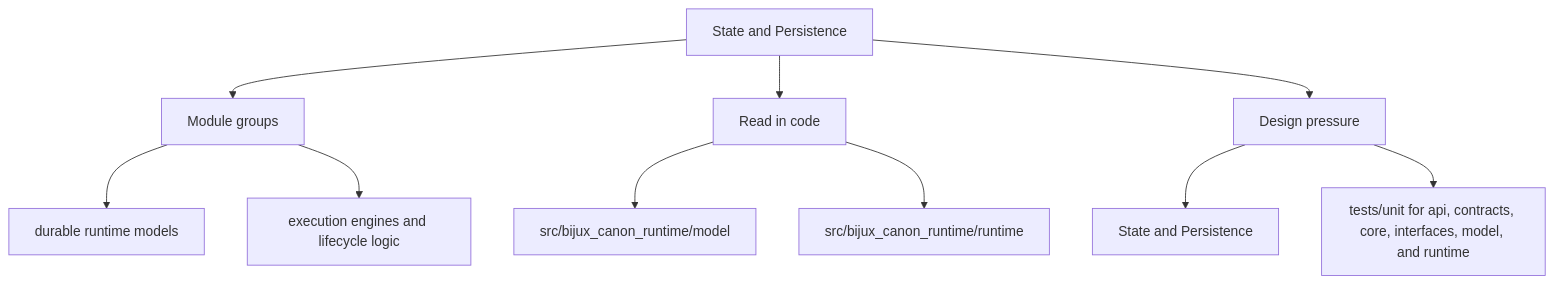
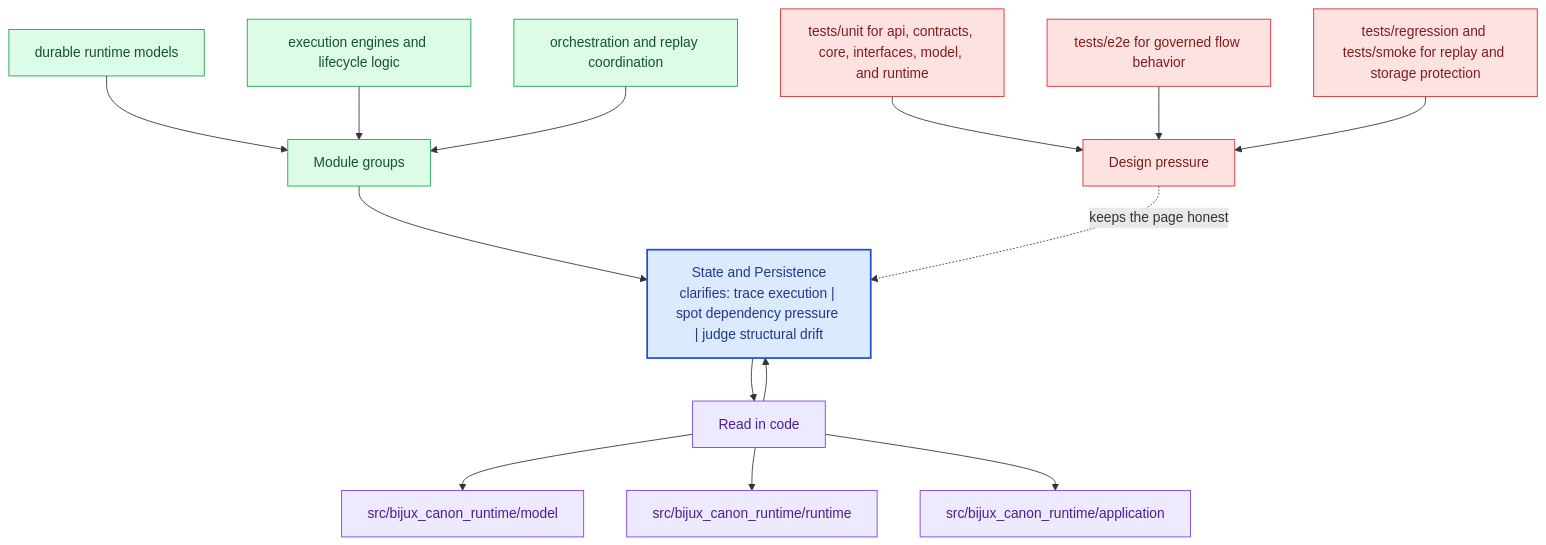
Before and after one commit to bijux/bijux-canon: the second of 2 diagrams in docs/bijux-canon-runtime/architecture/state-and-persistence.md, drawn with Mermaid. The commit also changed other lines of this file and 281 other files, not shown here.

Commit message:
docs(diagrams): deepen handbook mermaid maps across the catalog

````diff
--- a/docs/bijux-canon-runtime/architecture/state-and-persistence.md
+++ b/docs/bijux-canon-runtime/architecture/state-and-persistence.md
@@ -35,22 +68,40 @@
 ```mermaid
-flowchart TD
-    page["State and Persistence"]
+flowchart TB
+    promise["State and Persistence<br/>clarifies: trace execution | spot dependency pressure | judge structural drift"]
+    classDef promise fill:#dbeafe,stroke:#1d4ed8,color:#1e3a8a,stroke-width:2px;
+    classDef driver fill:#dcfce7,stroke:#16a34a,color:#14532d;
+    classDef constraint fill:#fee2e2,stroke:#dc2626,color:#7f1d1d;
+    classDef ground fill:#ede9fe,stroke:#7c3aed,color:#4c1d95;
     focus1["Module groups"]
-    page --> focus1
+    focus1 --> promise
     focus1_1["durable runtime models"]
-    focus1 --> focus1_1
+    focus1_1 --> focus1
     focus1_2["execution engines and lifecycle logic"]
-    focus1 --> focus1_2
+    focus1_2 --> focus1
+    focus1_3["orchestration and replay coordination"]
+    focus1_3 --> focus1
+    class focus1 driver;
+    class focus1_1,focus1_2,focus1_3 driver;
     focus2["Read in code"]
-    page --> focus2
+    focus2 --> promise
+    promise --> focus2
     focus2_1["src/bijux_canon_runtime/model"]
     focus2 --> focus2_1
     focus2_2["src/bijux_canon_runtime/runtime"]
     focus2 --> focus2_2
+    focus2_3["src/bijux_canon_runtime/application"]
+    focus2 --> focus2_3
+    class focus2 ground;
+    class focus2_1,focus2_2,focus2_3 ground;
     focus3["Design pressure"]
-    page --> focus3
-    focus3_1["State and Persistence"]
-    focus3 --> focus3_1
-    focus3_2["tests/unit for api, contracts, core, interfaces, model, and runtime"]
-    focus3 --> focus3_2
+    focus3 -.keeps the page honest.-> promise
+    focus3_1["tests/unit for api, contracts, core, interfaces, model, and runtime"]
+    focus3_1 --> focus3
+    focus3_2["tests/e2e for governed flow behavior"]
+    focus3_2 --> focus3
+    focus3_3["tests/regression and tests/smoke for replay and storage protection"]
+    focus3_3 --> focus3
+    class focus3 constraint;
+    class focus3_1,focus3_2,focus3_3 constraint;
+    class promise promise;
 ```
````
